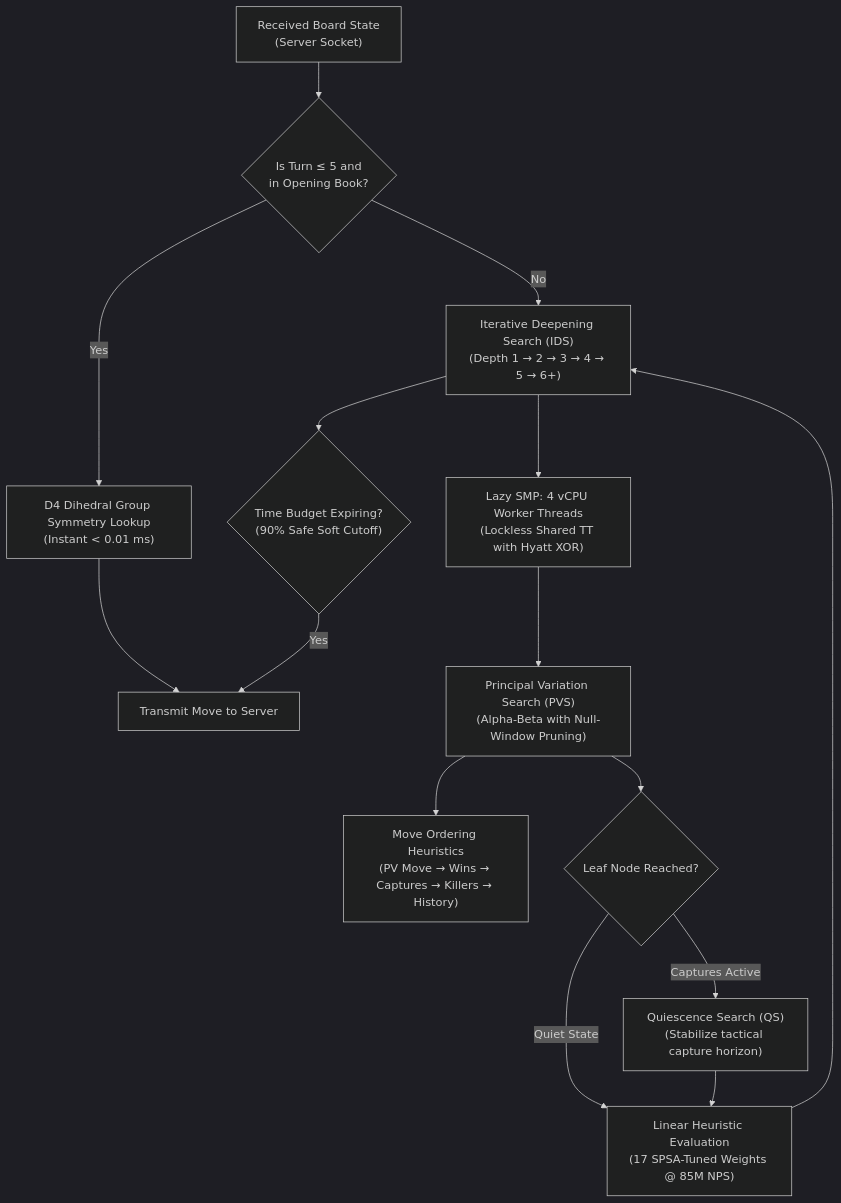
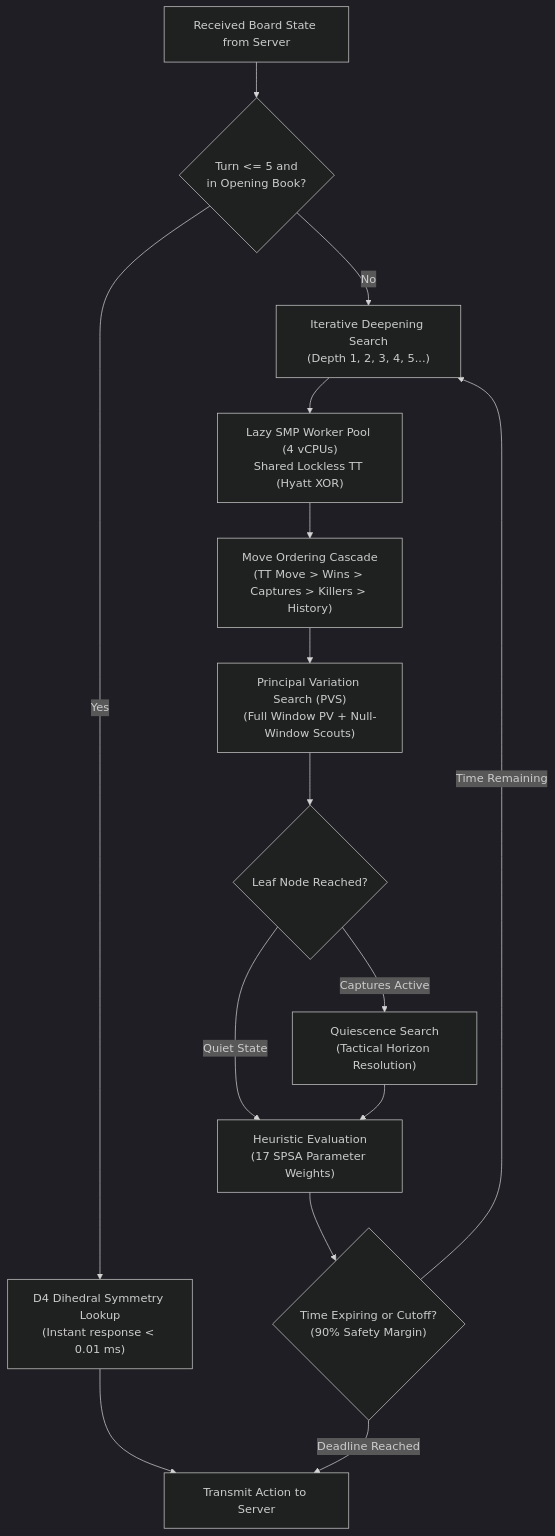
The diagram in README.md (MercuryDCD/Tablut-FundamentalsAIMASTER), drawn with Mermaid (dark theme) before and after one commit. The commit also changed other lines of this file and 45 other files, not shown here.

Commit message:
feat(engine): implement Phase 14 tactical hardening, LMR pruning, opening counters, and 24-weight SPSA optimization

````diff
--- a/README.md
+++ b/README.md
@@ -49,25 +48,23 @@
 ```mermaid
 flowchart TD
-    State["Received Board State<br/>(Server Socket)"] --> BookCheck{"Is Turn ≤ 5 and<br/>in Opening Book?"}
+    State["Received Board State from Server"] --> BookCheck{"Turn <= 5 and<br/>in Opening Book?"}
     
-    BookCheck -->|Yes| BookLookup["D4 Dihedral Group Symmetry Lookup<br/>(Instant &lt; 0.01 ms)"]
-    BookLookup --> SendMove["Transmit Move to Server"]
+    BookCheck -- "Yes" --> BookLookup["D4 Dihedral Symmetry Lookup<br/>(Instant response < 0.01 ms)"]
+    BookLookup --> SendMove["Transmit Action to Server"]
     
-    BookCheck -->|No| IDS["Iterative Deepening Search (IDS)<br/>(Depth 1 → 2 → 3 → 4 → 5 → 6+)"]
+    BookCheck -- "No" --> IDS["Iterative Deepening Search<br/>(Depth 1, 2, 3, 4, 5...)"]
     
-    IDS --> SMP["Lazy SMP: 4 vCPU Worker Threads<br/>(Lockless Shared TT with Hyatt XOR)"]
-    
-    SMP --> PVS["Principal Variation Search (PVS)<br/>(Alpha-Beta with Null-Window Pruning)"]
-    
-    PVS --> Ordering["Move Ordering Heuristics<br/>(PV Move → Wins → Captures → Killers → History)"]
+    IDS --> SMP["Lazy SMP Worker Pool (4 vCPUs)<br/>Shared Lockless TT (Hyatt XOR)"]
+    SMP --> MoveOrder["Move Ordering Cascade<br/>(TT Move > Wins > Captures > Killers > History)"]
+    MoveOrder --> PVS["Principal Variation Search (PVS)<br/>(Full Window PV + Null-Window Scouts)"]
     
     PVS --> LeafCheck{"Leaf Node Reached?"}
-    
-    LeafCheck -->|Captures Active| Quiescence["Quiescence Search (QS)<br/>(Stabilize tactical capture horizon)"]
-    LeafCheck -->|Quiet State| Eval["Linear Heuristic Evaluation<br/>(17 SPSA-Tuned Weights @ 85M NPS)"]
+    LeafCheck -- "Captures Active" --> Quiescence["Quiescence Search<br/>(Tactical Horizon Resolution)"]
+    LeafCheck -- "Quiet State" --> Eval["Heuristic Evaluation<br/>(17 SPSA Parameter Weights)"]
     
     Quiescence --> Eval
-    Eval --> IDS
-    IDS --> CutoffCheck{"Time Budget Expiring?<br/>(90% Safe Soft Cutoff)"}
-    CutoffCheck -->|Yes| SendMove
+    Eval --> TimeCheck{"Time Expiring or Cutoff?<br/>(90% Safety Margin)"}
+    
+    TimeCheck -- "Time Remaining" --> IDS
+    TimeCheck -- "Deadline Reached" --> SendMove
 ```
````
